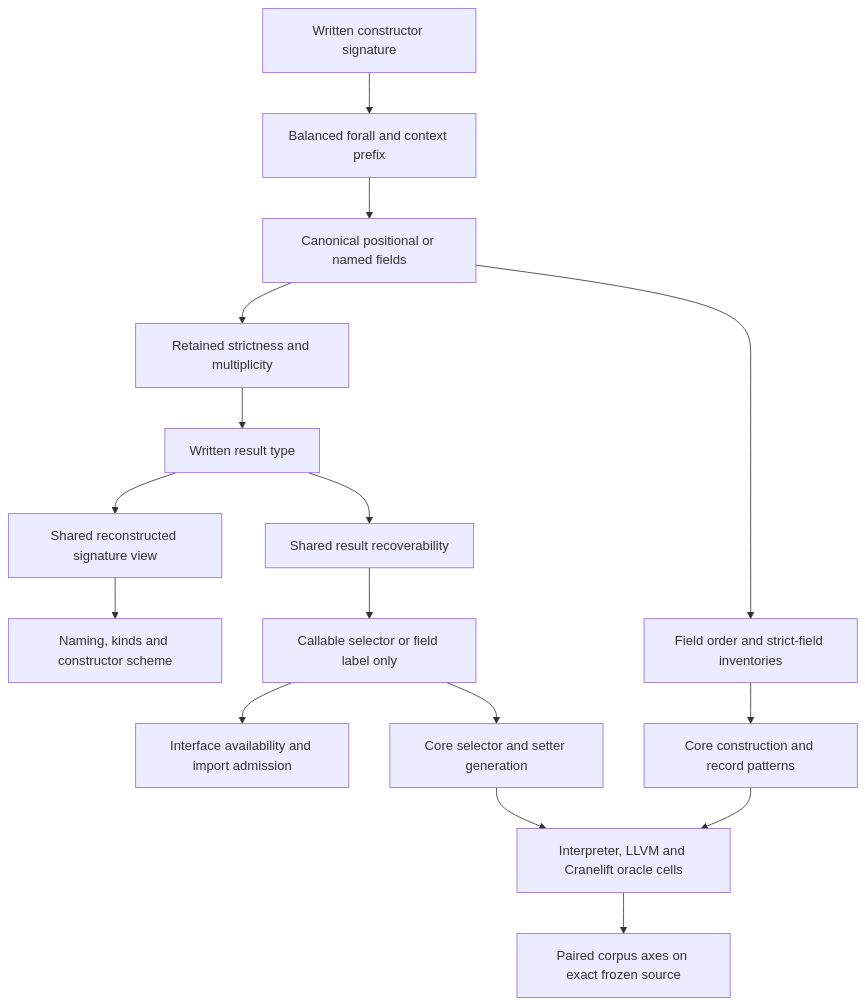
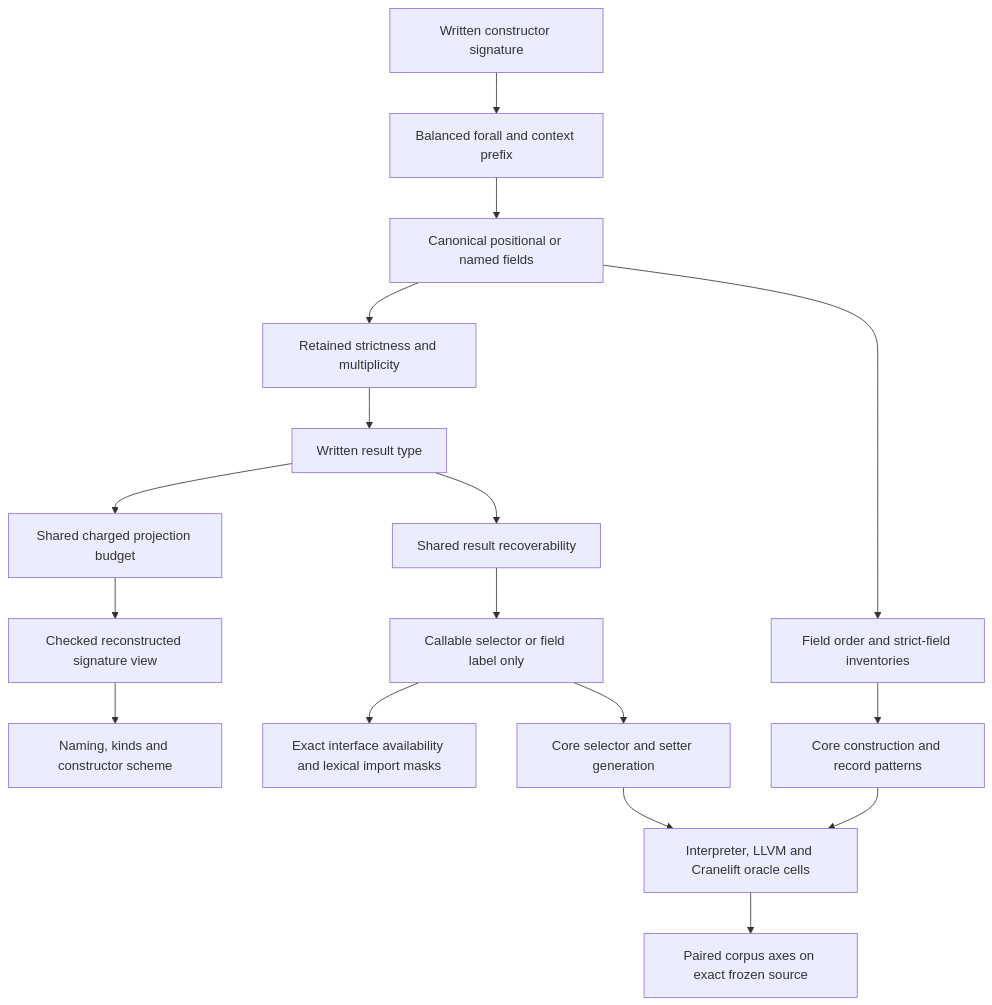
The diagram in spec-chirho/workflows-chirho/compiler-pipeline-chirho/gadt-constructor-carrier-chirho.md (loveJesus/haskelujah-chirho), drawn with Mermaid before and after one commit. The commit also changed other lines of this file and 57 other files, not shown here.

First line of the commit message:
feat(ast): checkpoint checked GADT projections and selector availability

````diff
--- a/spec-chirho/workflows-chirho/compiler-pipeline-chirho/gadt-constructor-carrier-chirho.md
+++ b/spec-chirho/workflows-chirho/compiler-pipeline-chirho/gadt-constructor-carrier-chirho.md
@@ -7,18 +7,19 @@
 ```mermaid
 flowchart TD
     A[Written constructor signature] --> B[Balanced forall and context prefix]
     B --> C[Canonical positional or named fields]
     C --> D[Retained strictness and multiplicity]
     D --> E[Written result type]
-    E --> F[Shared reconstructed signature view]
+    E --> P[Shared charged projection budget]
+    P --> F[Checked reconstructed signature view]
     F --> G[Naming, kinds and constructor scheme]
     C --> H[Field order and strict-field inventories]
     E --> I[Shared result recoverability]
     I --> J[Callable selector or field label only]
-    J --> K[Interface availability and import admission]
+    J --> K[Exact interface availability and lexical import masks]
     H --> L[Core construction and record patterns]
     J --> M[Core selector and setter generation]
     L --> N[Interpreter, LLVM and Cranelift oracle cells]
     M --> N
     N --> O[Paired corpus axes on exact frozen source]
 ```
````
